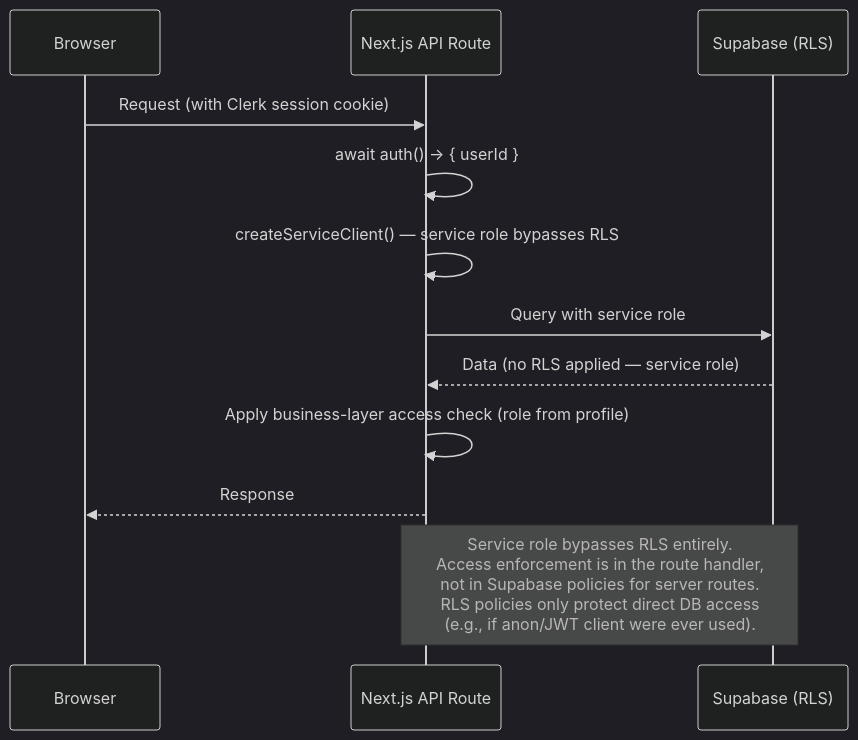
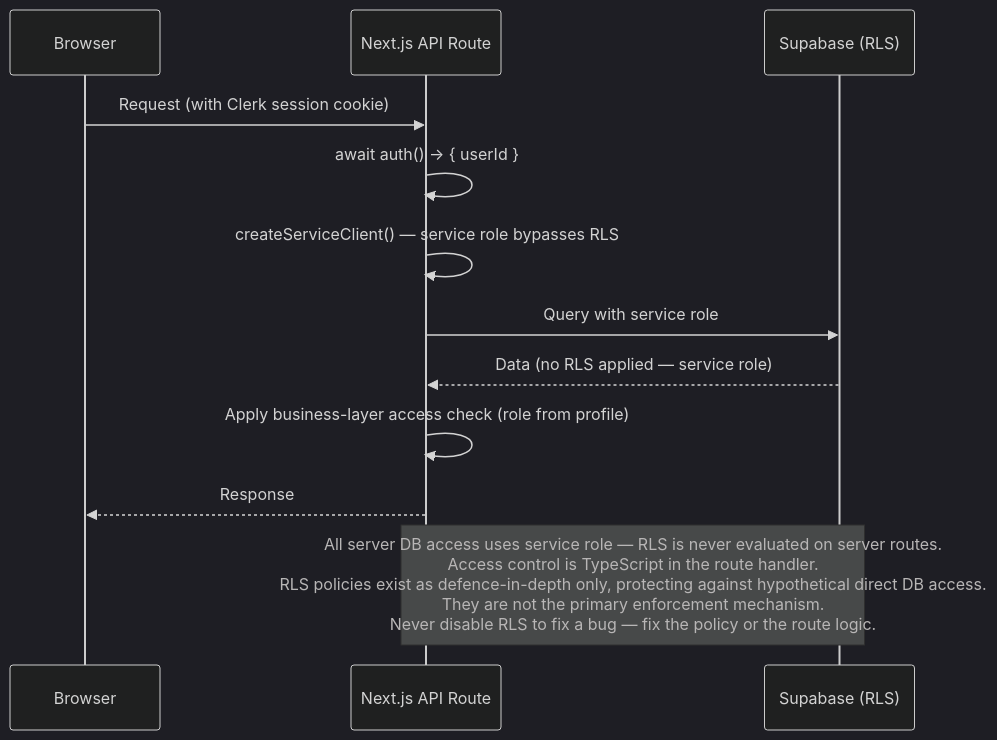
Before and after one commit to teamenjoyvd/tevd-portal: the third of 11 diagrams in docs/architecture/FLOWS.md, drawn with Mermaid (dark theme). The commit also changed other lines of this file and 4 other files, not shown here.

Commit message:
[PHASE-A] Trim CLAUDE.md, split CONTEXT/LOOKUP, wire architecture docs, add SHAPE step, add ADR-008/009/010, add FLOWS §5 stub

````diff
--- a/docs/architecture/FLOWS.md
+++ b/docs/architecture/FLOWS.md
@@ -66,16 +67,16 @@
 ```mermaid
 sequenceDiagram
     participant B as Browser
     participant N as Next.js API Route
     participant S as Supabase (RLS)
 
     B->>N: Request (with Clerk session cookie)
     N->>N: await auth() → { userId }
     N->>N: createServiceClient() — service role bypasses RLS
     N->>S: Query with service role
     S-->>N: Data (no RLS applied — service role)
     N->>N: Apply business-layer access check (role from profile)
     N-->>B: Response
 
-    Note over N,S: Service role bypasses RLS entirely.<br/>Access enforcement is in the route handler,<br/>not in Supabase policies for server routes.<br/>RLS policies only protect direct DB access<br/>(e.g., if anon/JWT client were ever used).
+    Note over N,S: All server DB access uses service role — RLS is never evaluated on server routes.<br/>Access control is TypeScript in the route handler.<br/>RLS policies exist as defence-in-depth only, protecting against hypothetical direct DB access.<br/>They are not the primary enforcement mechanism.<br/>Never disable RLS to fix a bug — fix the policy or the route logic.
 ```
````
